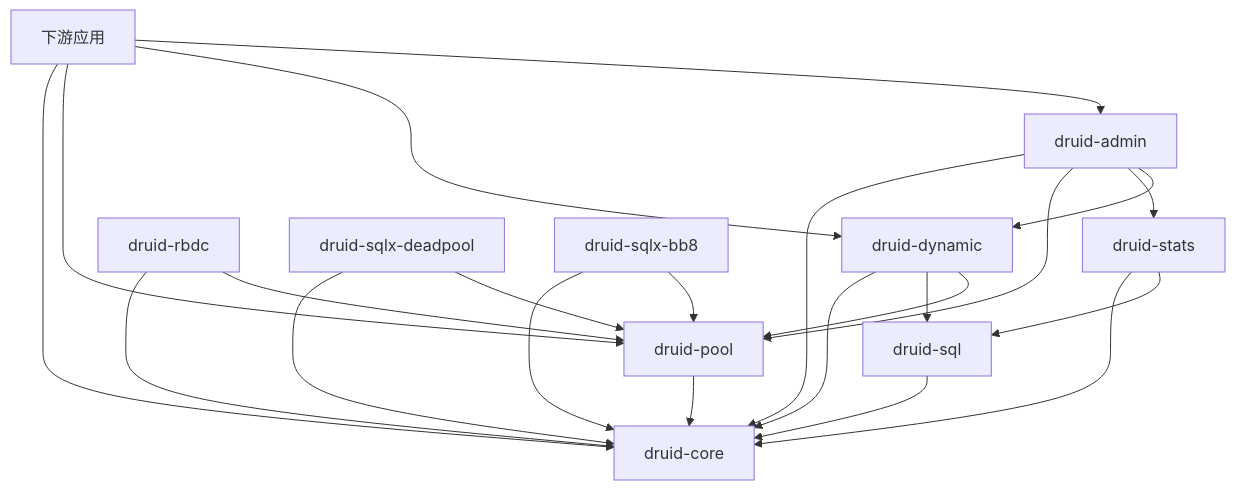
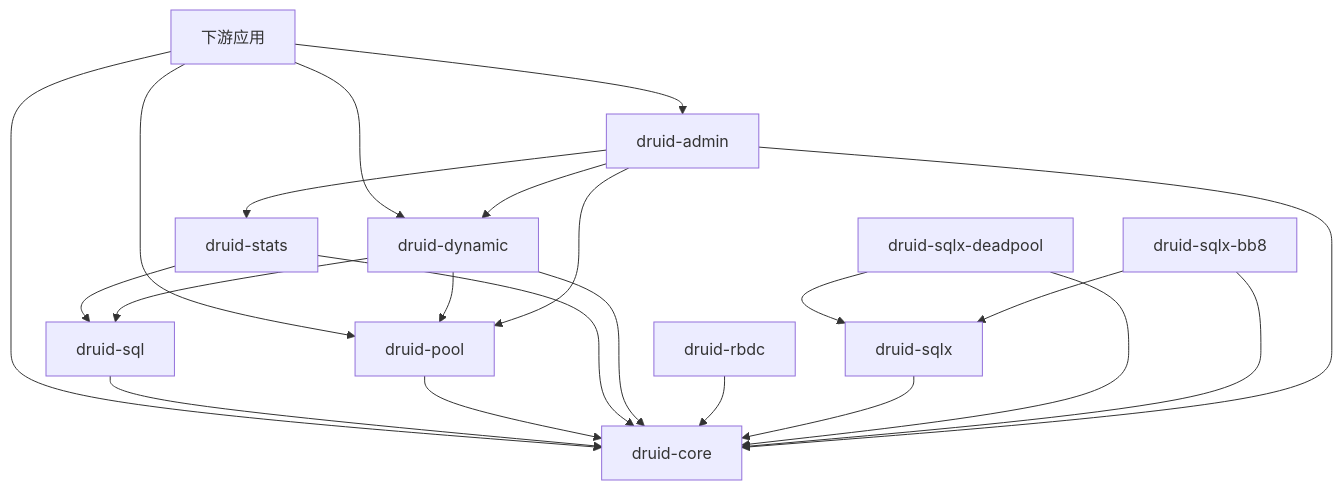
The diagram in README.zh-CN.md (easy-4-rust/druid-rust), drawn with Mermaid before and after one commit. The commit also changed other lines of this file and 45 other files, not shown here.

````diff
--- a/README.zh-CN.md
+++ b/README.zh-CN.md
@@ -150,27 +165,27 @@
 ```mermaid
 flowchart TB
     APP["下游应用"] --> CORE["druid-core"]
     APP --> POOL["druid-pool"]
     APP --> DYNAMIC["druid-dynamic"]
     APP --> ADMIN["druid-admin"]
 
     SQL["druid-sql"] --> CORE
     POOL --> CORE
     STATS["druid-stats"] --> CORE
     STATS --> SQL
     DYNAMIC --> CORE
     DYNAMIC --> SQL
     DYNAMIC --> POOL
 
     RBDC["druid-rbdc"] --> CORE
-    RBDC --> POOL
+    SQLX["druid-sqlx"] --> CORE
     SQLXDP["druid-sqlx-deadpool"] --> CORE
-    SQLXDP --> POOL
+    SQLXDP --> SQLX
     SQLXB8["druid-sqlx-bb8"] --> CORE
-    SQLXB8 --> POOL
+    SQLXB8 --> SQLX
 
     ADMIN --> CORE
     ADMIN --> POOL
     ADMIN --> STATS
     ADMIN --> DYNAMIC
 ```
````
